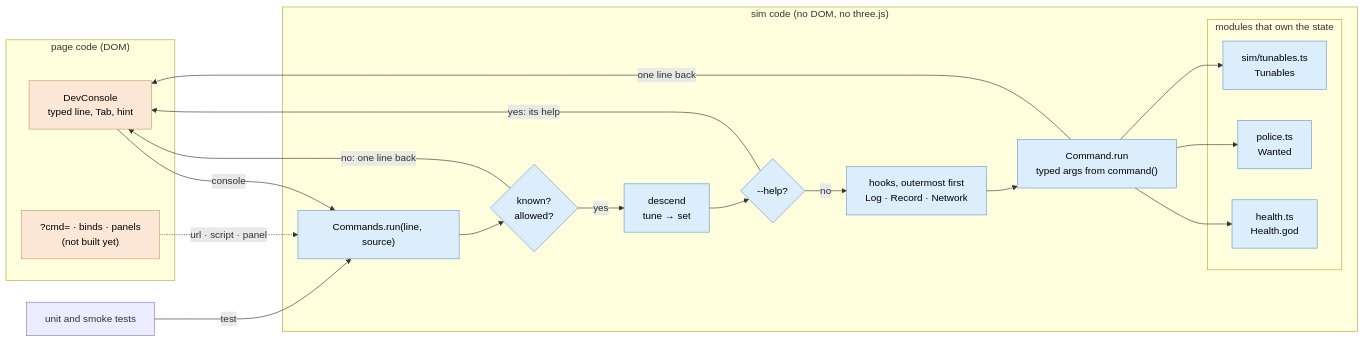
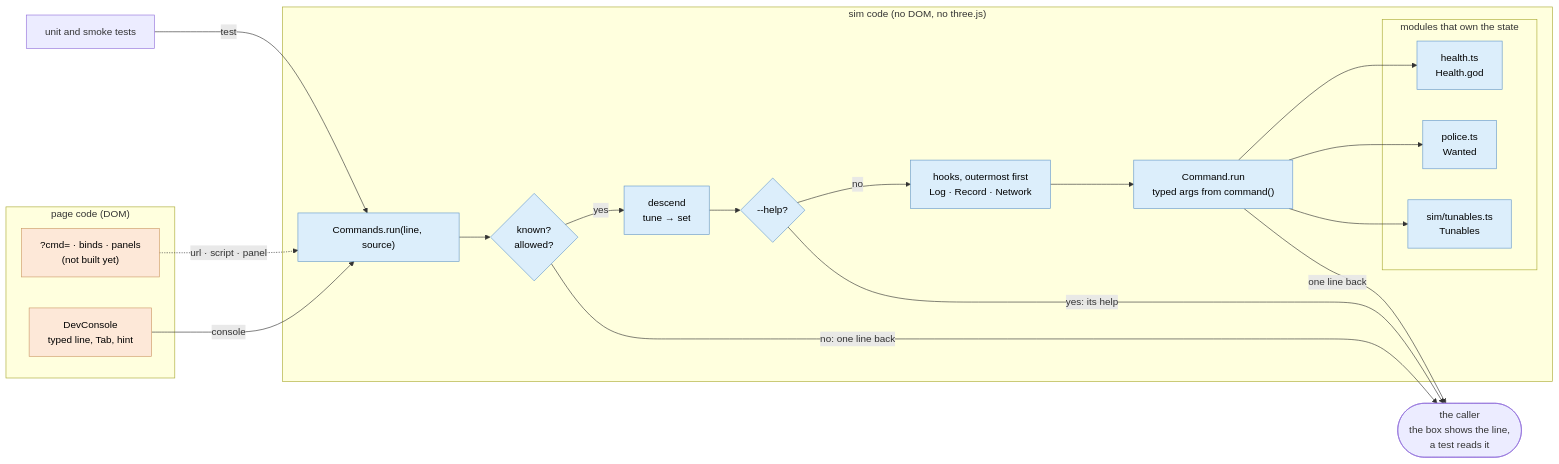
The diagram in docs/console.md (OliverRomhagen/vrigstad-joyride), drawn with Mermaid before and after one commit.

Commit message:
docs(hud): send the console chart's replies to the caller, not the box

````diff
--- a/docs/console.md
+++ b/docs/console.md
@@ -42,35 +42,36 @@
 ```mermaid
 flowchart LR
   subgraph page["page code (DOM)"]
     box["DevConsole<br/>typed line, Tab, hint"]
     url["?cmd= · binds · panels<br/>(not built yet)"]
   end
   subgraph sim["sim code (no DOM, no three.js)"]
     run["Commands.run(line, source)"]
     gate{"known?<br/>allowed?"}
     descend["descend<br/>tune → set"]
     helpq{"--help?"}
     hooks["hooks, outermost first<br/>Log · Record · Network"]
     cmd["Command.run<br/>typed args from command()"]
     subgraph owners["modules that own the state"]
       health["health.ts<br/>Health.god"]
       wanted["police.ts<br/>Wanted"]
       tunables["sim/tunables.ts<br/>Tunables"]
     end
   end
   tests["unit and smoke tests"]
+  caller(["the caller<br/>the box shows the line,<br/>a test reads it"])
   box -- console --> run
   url -. url · script · panel .-> run
   tests -- test --> run
   run --> gate
-  gate -- "no: one line back" --> box
+  gate -- "no: one line back" --> caller
   gate -- yes --> descend --> helpq
-  helpq -- "yes: its help" --> box
+  helpq -- "yes: its help" --> caller
   helpq -- no --> hooks --> cmd
   cmd --> health & wanted & tunables
-  cmd -- "one line back" --> box
+  cmd -- "one line back" --> caller
   classDef pageCode fill:#fde8d8,stroke:#c96,color:#000
   classDef simCode fill:#dceefb,stroke:#69c,color:#000
   class box,url pageCode
   class run,gate,descend,helpq,hooks,cmd,health,wanted,tunables simCode
 ```
````
